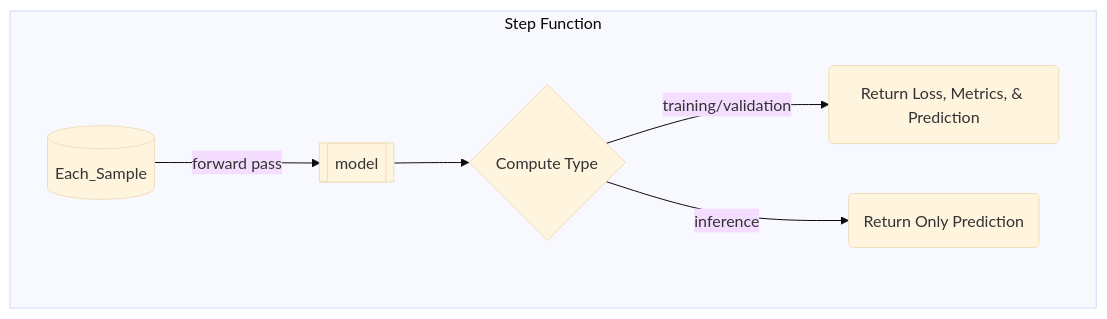
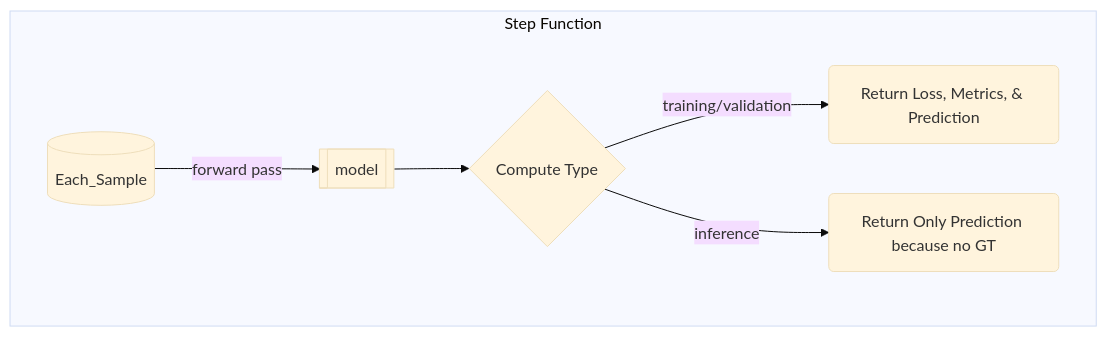
The sixth of 6 diagrams in docs/flowchart.md (szmazurek/GaNDLF), drawn with Mermaid (base theme) before and after one commit.

````diff
--- a/docs/flowchart.md
+++ b/docs/flowchart.md
@@ -83,9 +83,9 @@
 ```mermaid
 flowchart TD
     subgraph Step Function
         Each_Sample[(Each_Sample)] -->|forward pass| model[[model]]
         model[[model]] --> type{Compute Type}
         type -->|training/validation| loss(Return Loss, Metrics, & Prediction)
-        type -->|inference| inferences_metrics(Return Only Prediction)
+        type -->|inference| inferences_metrics(Return Only Prediction because no GT)
     end
 ```
````
